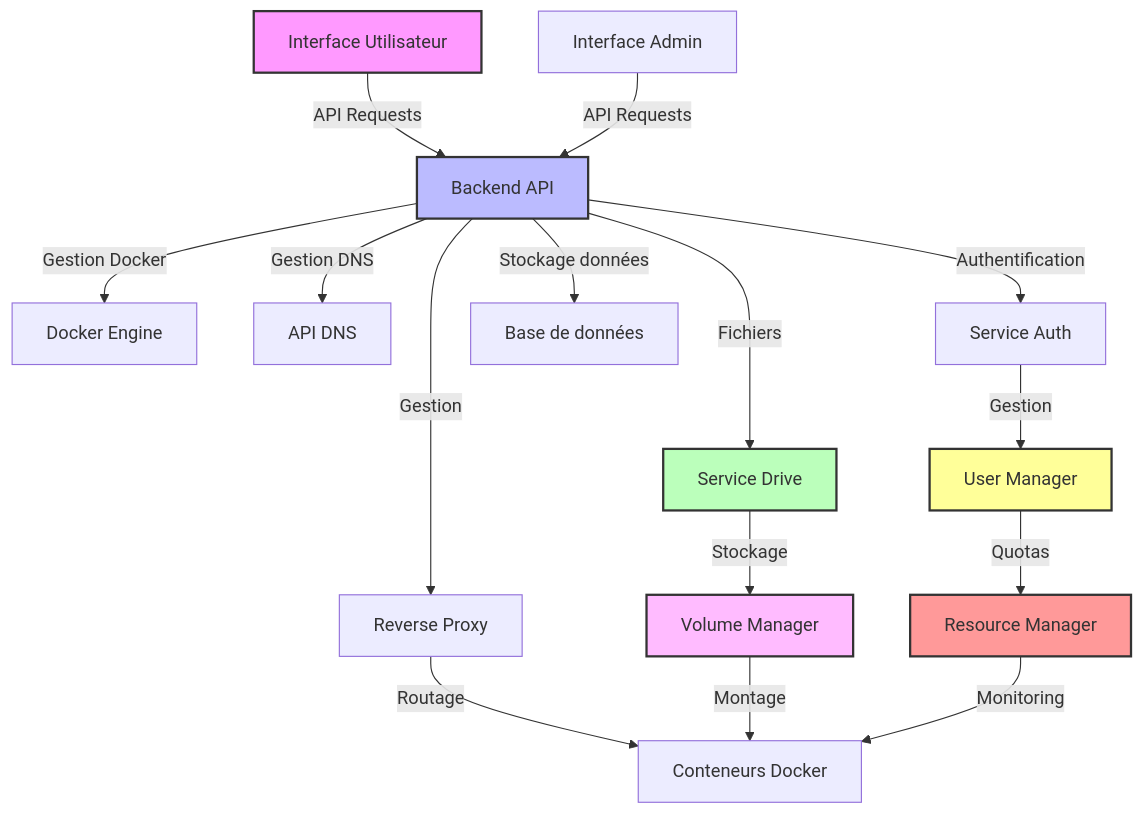
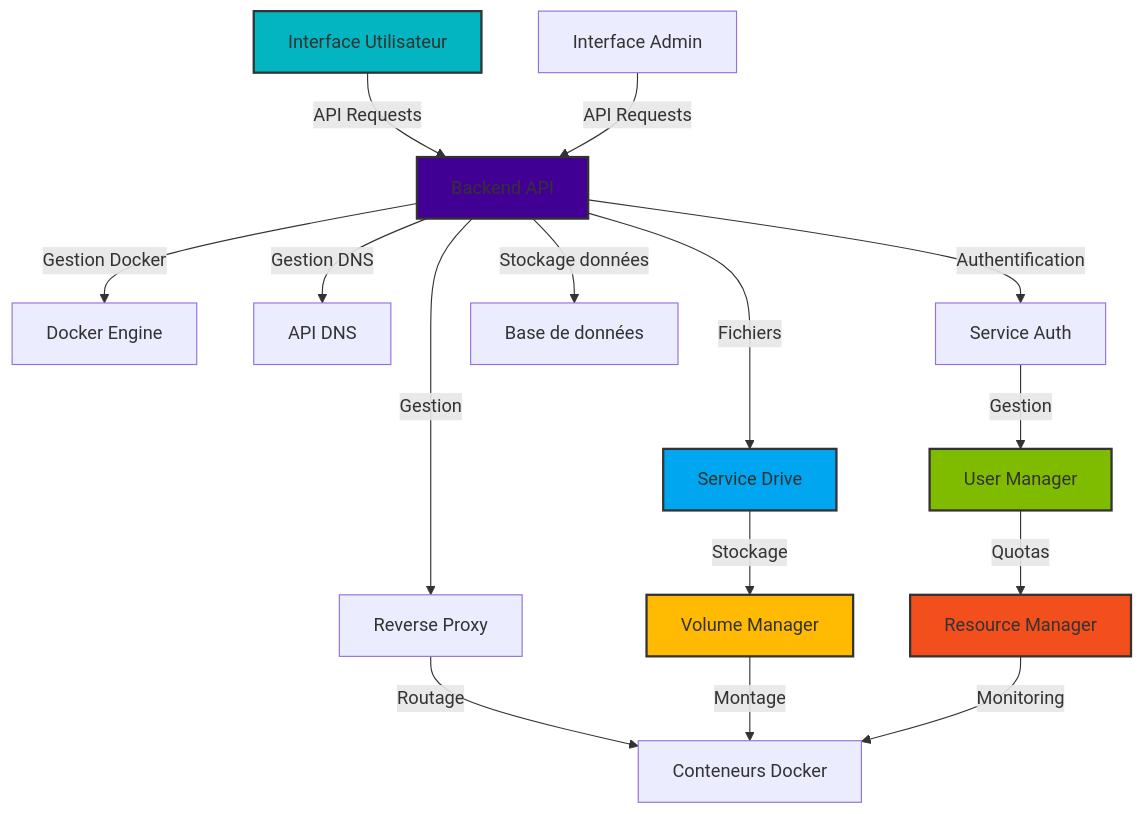
The diagram in README.md (InsightSeeker-dev/DockerSphere), drawn with Mermaid before and after one commit.

````diff
--- a/README.md
+++ b/README.md
@@ -88,27 +88,27 @@
 ```mermaid
 graph TD
     A[Interface Utilisateur] -->|API Requests| B[Backend API]
     C[Interface Admin] -->|API Requests| B
     B -->|Gestion Docker| D[Docker Engine]
     B -->|Gestion DNS| E[API DNS]
     B -->|Authentification| F[Service Auth]
     B -->|Stockage données| G[Base de données]
     H[Reverse Proxy] -->|Routage| I[Conteneurs Docker]
     B -->|Gestion| H
     
     %% Composants Drive et Users
     B -->|Fichiers| J[Service Drive]
     J -->|Stockage| K[Volume Manager]
     K -->|Montage| I
     
     F -->|Gestion| L[User Manager]
     L -->|Quotas| M[Resource Manager]
     M -->|Monitoring| I
 
-    style A fill:#f9f,stroke:#333,stroke-width:2px
-    style B fill:#bbf,stroke:#333,stroke-width:2px
-    style J fill:#bfb,stroke:#333,stroke-width:2px
-    style K fill:#fbf,stroke:#333,stroke-width:2px
-    style L fill:#ff9,stroke:#333,stroke-width:2px
-    style M fill:#f99,stroke:#333,stroke-width:2px
+    style A fill:#03B4C1,stroke:#333,stroke-width:2px
+    style B fill:#410093,stroke:#333,stroke-width:2px
+    style J fill:#01a6f0,stroke:#333,stroke-width:2px
+    style K fill:#ffba01,stroke:#333,stroke-width:2px
+    style L fill:#7fbc00,stroke:#333,stroke-width:2px
+    style M fill:#F34F1C,stroke:#333,stroke-width:2px
 ```
````
